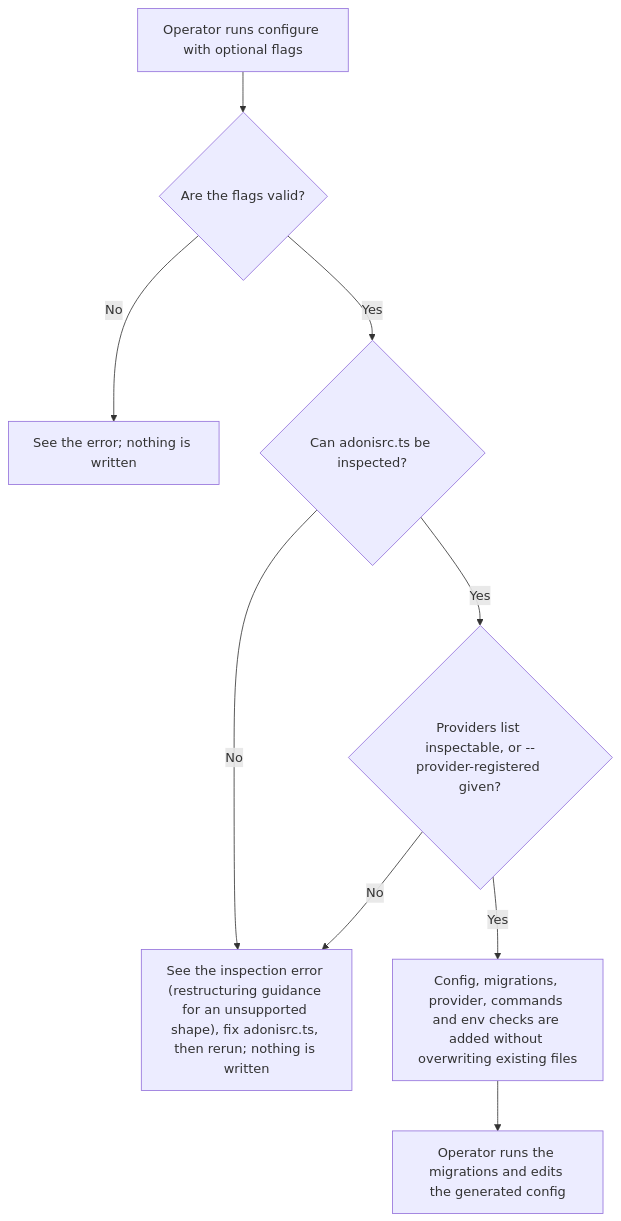
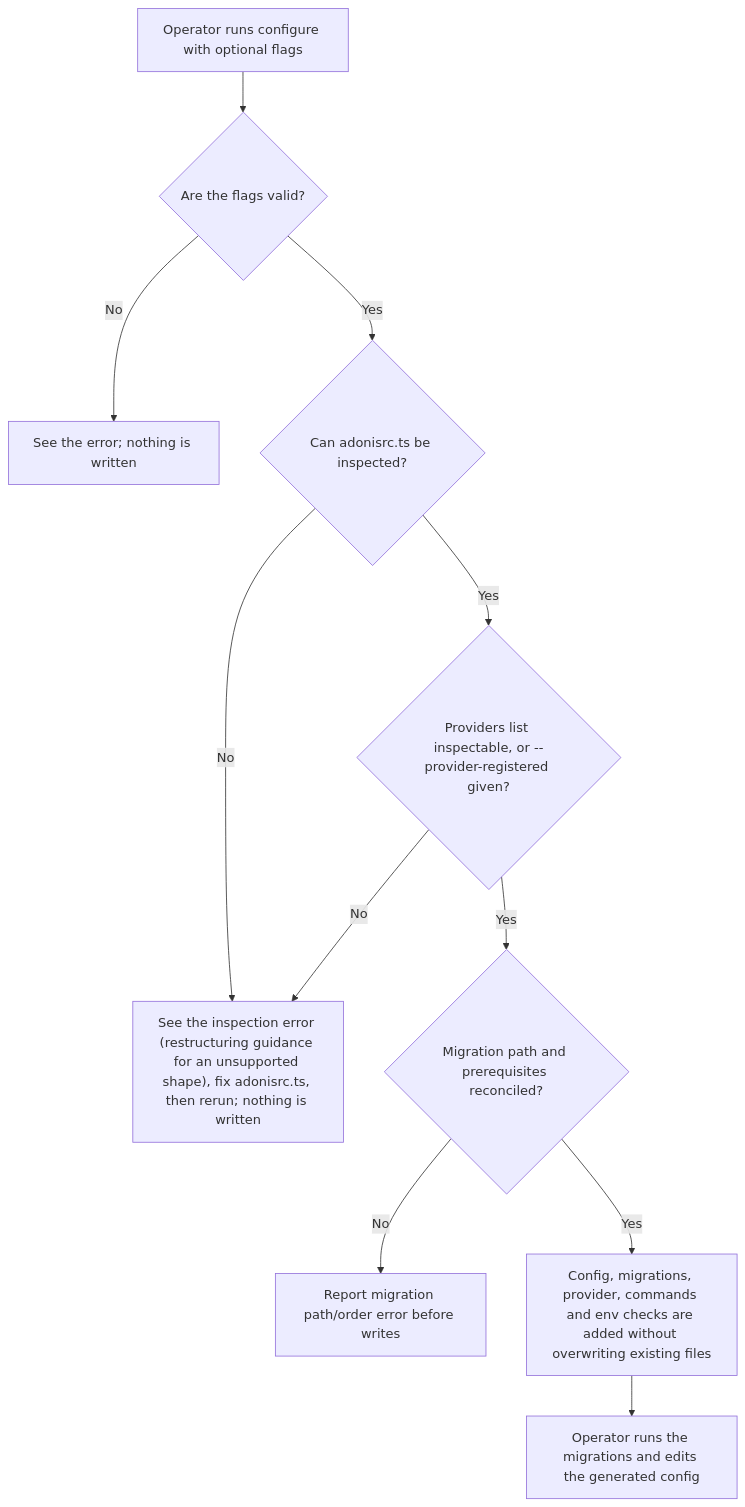
The first of 2 diagrams in user-stories/US-ACCOUNT-60-install-account-kit-package.md (Kevinjohn/oss-adonisjs-account-kit), drawn with Mermaid before and after one commit. The commit also changed other lines of this file and 43 other files, not shown here.

````diff
--- a/user-stories/US-ACCOUNT-60-install-account-kit-package.md
+++ b/user-stories/US-ACCOUNT-60-install-account-kit-package.md
@@ -26,11 +28,13 @@
 ```mermaid
 flowchart TD
     A["Operator runs configure with optional flags"] --> B{"Are the flags valid?"}
     B -->|No| C["See the error; nothing is written"]
     B -->|Yes| D{"Can adonisrc.ts be inspected?"}
     D -->|No| E["See the inspection error (restructuring guidance for an unsupported shape), fix adonisrc.ts, then rerun; nothing is written"]
     D -->|Yes| P{"Providers list inspectable, or --provider-registered given?"}
     P -->|No| E
-    P -->|Yes| F["Config, migrations, provider, commands and env checks are added without overwriting existing files"]
+    P -->|Yes| M{"Migration path and prerequisites reconciled?"}
+    M -->|No| E2["Report migration path/order error before writes"]
+    M -->|Yes| F["Config, migrations, provider, commands and env checks are added without overwriting existing files"]
     F --> G["Operator runs the migrations and edits the generated config"]
 ```
````
